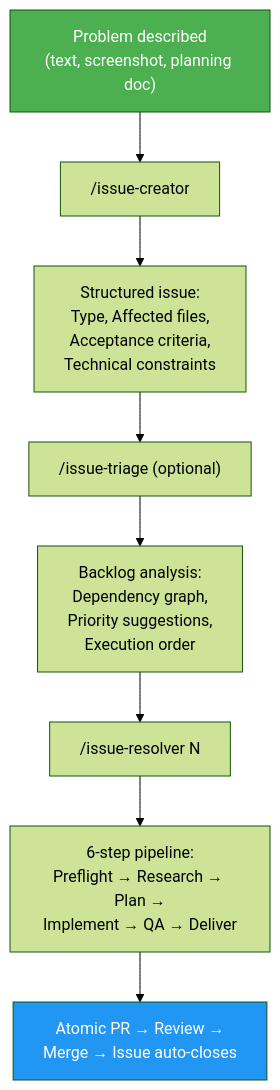
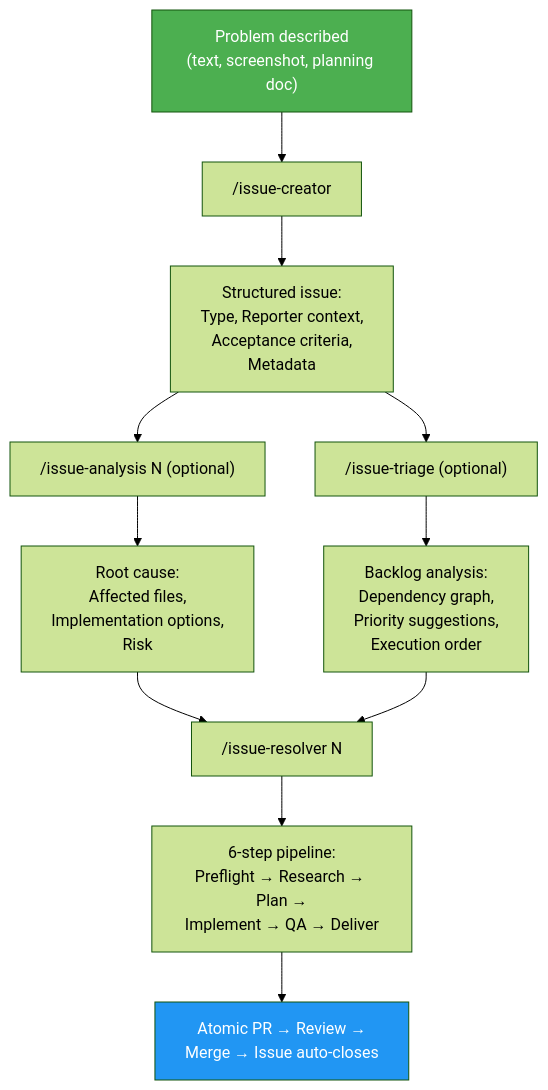
The first of 2 diagrams in docs/idd-methodology.md (luongnv89/idd), drawn with Mermaid (forest theme) before and after one commit. The commit also changed other lines of this file, not shown here.

````diff
--- a/docs/idd-methodology.md
+++ b/docs/idd-methodology.md
@@ -96,13 +115,16 @@
 ```mermaid
 graph TD
     A["Problem described<br/>(text, screenshot, planning doc)"] --> B["/issue-creator"]
-    B --> C["Structured issue:<br/>Type, Affected files,<br/>Acceptance criteria,<br/>Technical constraints"]
-    C --> D["/issue-triage (optional)"]
-    D --> E["Backlog analysis:<br/>Dependency graph,<br/>Priority suggestions,<br/>Execution order"]
-    E --> F["/issue-resolver N"]
-    F --> G["6-step pipeline:<br/>Preflight → Research → Plan →<br/>Implement → QA → Deliver"]
-    G --> H["Atomic PR → Review →<br/>Merge → Issue auto-closes"]
+    B --> C["Structured issue:<br/>Type, Reporter context,<br/>Acceptance criteria,<br/>Metadata"]
+    C --> D["/issue-analysis N (optional)"]
+    C --> E["/issue-triage (optional)"]
+    D --> F["Root cause:<br/>Affected files,<br/>Implementation options,<br/>Risk"]
+    E --> G["Backlog analysis:<br/>Dependency graph,<br/>Priority suggestions,<br/>Execution order"]
+    F --> H["/issue-resolver N"]
+    G --> H
+    H --> I["6-step pipeline:<br/>Preflight → Research → Plan →<br/>Implement → QA → Deliver"]
+    I --> J["Atomic PR → Review →<br/>Merge → Issue auto-closes"]
 
     style A fill:#4CAF50,color:#fff
-    style H fill:#2196F3,color:#fff
+    style J fill:#2196F3,color:#fff
 ```
````
